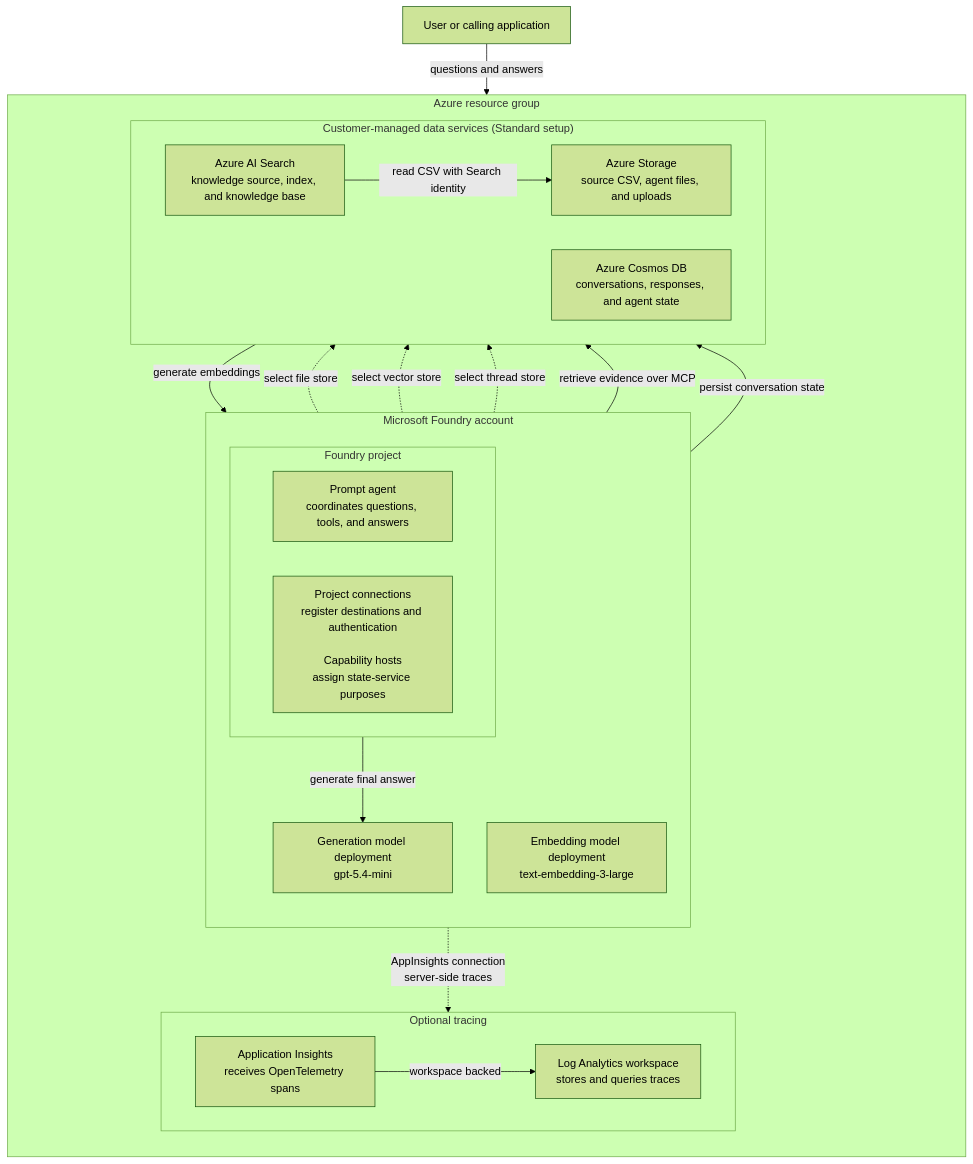
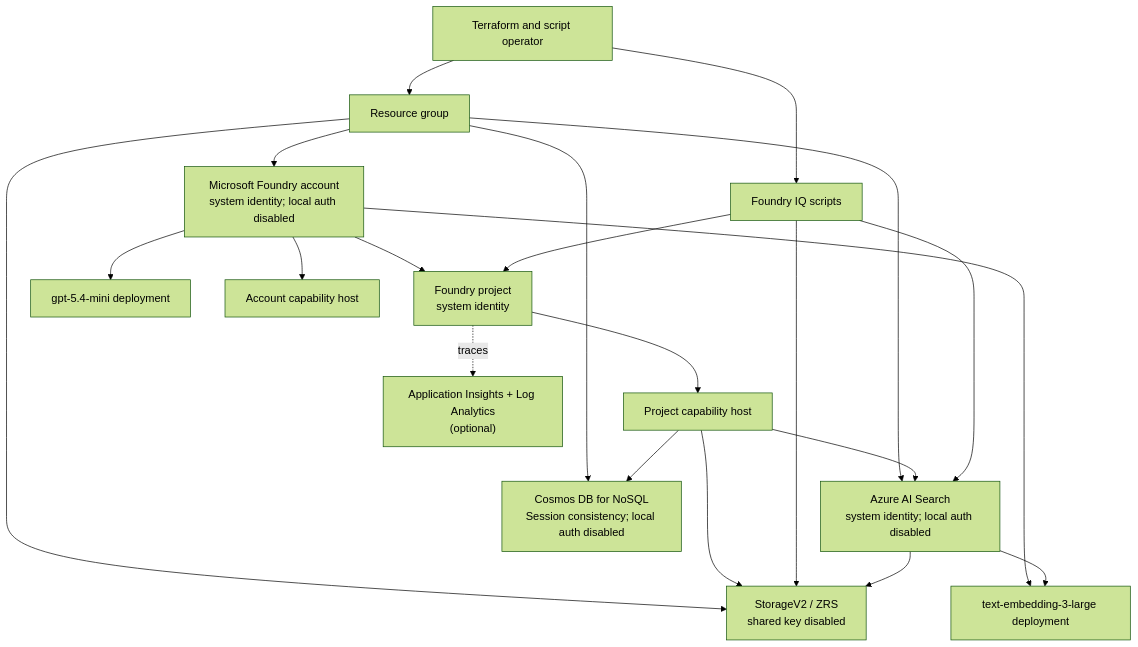
Before and after one commit to ks6088ts/template-terraform: the diagram in infra/scenarios/azure_microsoft_foundry/README.md, drawn with Mermaid (forest theme). The commit also changed other lines of this file and 42 other files, not shown here.

First line of the commit message:
Add test scripts and refactor standard agent configuration

````diff
--- a/infra/scenarios/azure_microsoft_foundry/README.md
+++ b/infra/scenarios/azure_microsoft_foundry/README.md
@@ -198,44 +114,37 @@
 ```mermaid
-flowchart TB
-    Caller["User or calling application"]
+flowchart TD
+    Operator["Terraform and script operator"]
+    RG["Resource group"]
+    Account["Microsoft Foundry account<br/>system identity; local auth disabled"]
+    Project["Foundry project<br/>system identity"]
+    Chat["gpt-5.4-mini deployment"]
+    Embedding["text-embedding-3-large deployment"]
+    Search["Azure AI Search<br/>system identity; local auth disabled"]
+    Storage["StorageV2 / ZRS<br/>shared key disabled"]
+    Cosmos["Cosmos DB for NoSQL<br/>Session consistency; local auth disabled"]
+    AccountHost["Account capability host"]
+    ProjectHost["Project capability host"]
+    Insights["Application Insights + Log Analytics<br/>(optional)"]
+    Scripts["Foundry IQ scripts"]
 
-    subgraph ResourceGroup["Azure resource group"]
-        direction TB
-
-        subgraph Foundry["Microsoft Foundry account"]
-            direction TB
-            subgraph Project["Foundry project"]
-                direction LR
-                Agent["Prompt agent<br/>coordinates questions, tools, and answers"]
-                ProjectConfig["Project connections<br/>register destinations and authentication<br/><br/>Capability hosts<br/>assign state-service purposes"]
-            end
-            GenerationModel["Generation model deployment<br/>gpt-5.4-mini"]
-            EmbeddingModel["Embedding model deployment<br/>text-embedding-3-large"]
-        end
-
-        subgraph DataServices["Customer-managed data services (Standard setup)"]
-            direction LR
-            Storage["Azure Storage<br/>source CSV, agent files, and uploads"]
-            Search["Azure AI Search<br/>knowledge source, index, and knowledge base"]
-            Cosmos["Azure Cosmos DB<br/>conversations, responses, and agent state"]
-        end
-
-        subgraph Tracing["Optional tracing"]
-            direction LR
-            AppInsights["Application Insights<br/>receives OpenTelemetry spans"]
-            LogAnalytics["Log Analytics workspace<br/>stores and queries traces"]
-        end
-    end
-
-    Caller -->|"questions and answers"| Agent
-    ProjectConfig -.->|"select file store"| Storage
-    ProjectConfig -.->|"select vector store"| Search
-    ProjectConfig -.->|"select thread store"| Cosmos
-    Search -->|"read CSV with Search identity"| Storage
-    Search -->|"generate embeddings"| EmbeddingModel
-    Agent -->|"retrieve evidence over MCP"| Search
-    Agent -->|"generate final answer"| GenerationModel
-    Agent -->|"persist conversation state"| Cosmos
-    Agent -.->|"AppInsights connection<br/>server-side traces"| AppInsights
-    AppInsights -->|"workspace backed"| LogAnalytics
+    Operator --> RG
+    RG --> Account
+    Account --> Project
+    Account --> Chat
+    Account --> Embedding
+    RG --> Search
+    RG --> Storage
+    RG --> Cosmos
+    Account --> AccountHost
+    Project --> ProjectHost
+    ProjectHost --> Search
+    ProjectHost --> Storage
+    ProjectHost --> Cosmos
+    Operator --> Scripts
+    Scripts --> Storage
+    Scripts --> Search
+    Scripts --> Project
+    Search --> Storage
+    Search --> Embedding
+    Project -. "traces" .-> Insights
 ```
````
